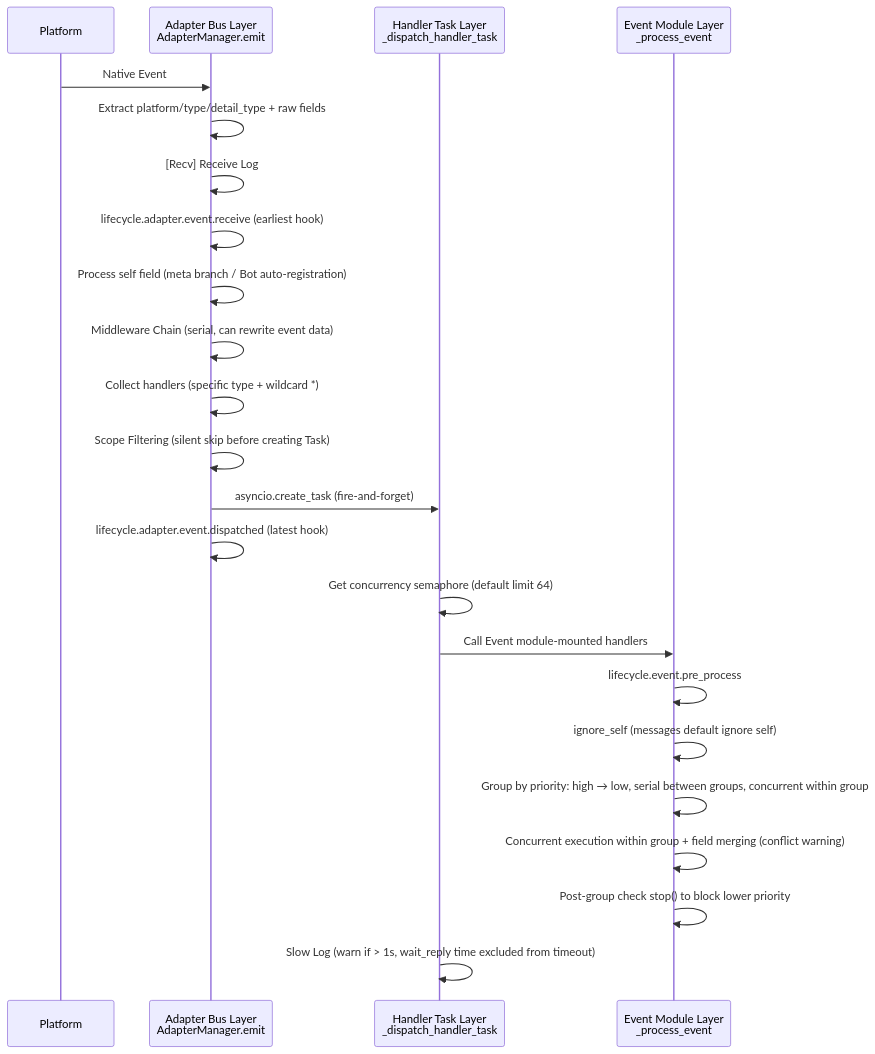
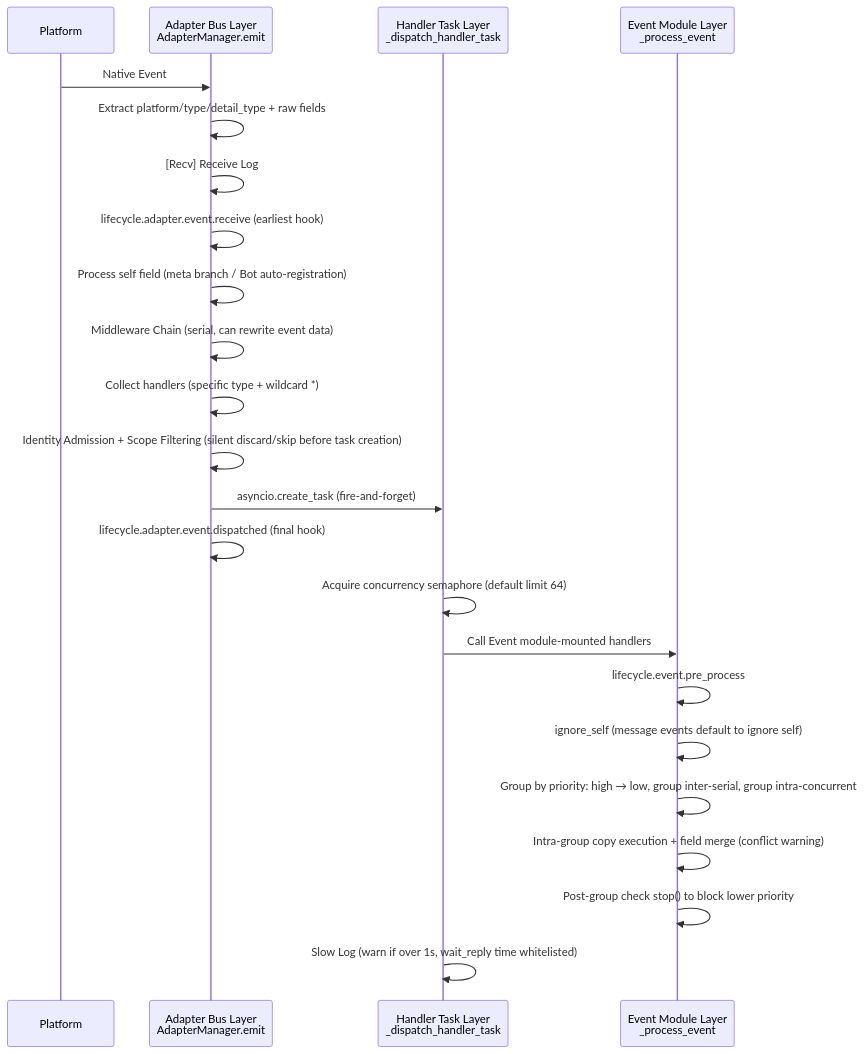
The fourth of 9 diagrams in docs/en/architecture.md (ErisPulse/ErisPulse), drawn with Mermaid before and after one commit. The commit also changed other lines of this file and 299 other files, not shown here.

````diff
--- a/docs/en/architecture.md
+++ b/docs/en/architecture.md
@@ -111,26 +113,26 @@
 ```mermaid
 sequenceDiagram
     participant P as Platform
     participant A as Adapter Bus Layer<br/>AdapterManager.emit
     participant T as Handler Task Layer<br/>_dispatch_handler_task
     participant E as Event Module Layer<br/>_process_event
 
     P->>A: Native Event
     A->>A: Extract platform/type/detail_type + raw fields
     A->>A: [Recv] Receive Log
     A->>A: lifecycle.adapter.event.receive (earliest hook)
     A->>A: Process self field (meta branch / Bot auto-registration)
     A->>A: Middleware Chain (serial, can rewrite event data)
     A->>A: Collect handlers (specific type + wildcard *)
-    A->>A: Scope Filtering (silent skip before creating Task)
+    A->>A: Identity Admission + Scope Filtering (silent discard/skip before task creation)
     A->>T: asyncio.create_task (fire-and-forget)
-    A->>A: lifecycle.adapter.event.dispatched (latest hook)
-    T->>T: Get concurrency semaphore (default limit 64)
+    A->>A: lifecycle.adapter.event.dispatched (final hook)
+    T->>T: Acquire concurrency semaphore (default limit 64)
     T->>E: Call Event module-mounted handlers
     E->>E: lifecycle.event.pre_process
-    E->>E: ignore_self (messages default ignore self)
-    E->>E: Group by priority: high → low, serial between groups, concurrent within group
-    E->>E: Concurrent execution within group + field merging (conflict warning)
+    E->>E: ignore_self (message events default to ignore self)
+    E->>E: Group by priority: high → low, group inter-serial, group intra-concurrent
+    E->>E: Intra-group copy execution + field merge (conflict warning)
     E->>E: Post-group check stop() to block lower priority
-    T->>T: Slow Log (warn if > 1s, wait_reply time excluded from timeout)
+    T->>T: Slow Log (warn if over 1s, wait_reply time whitelisted)
 ```
````
